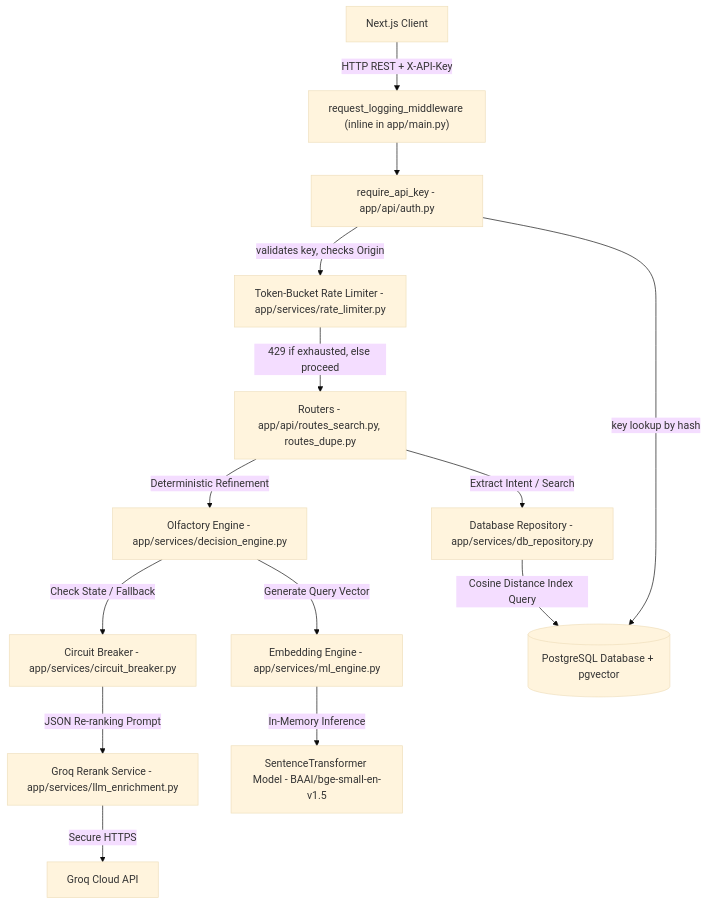
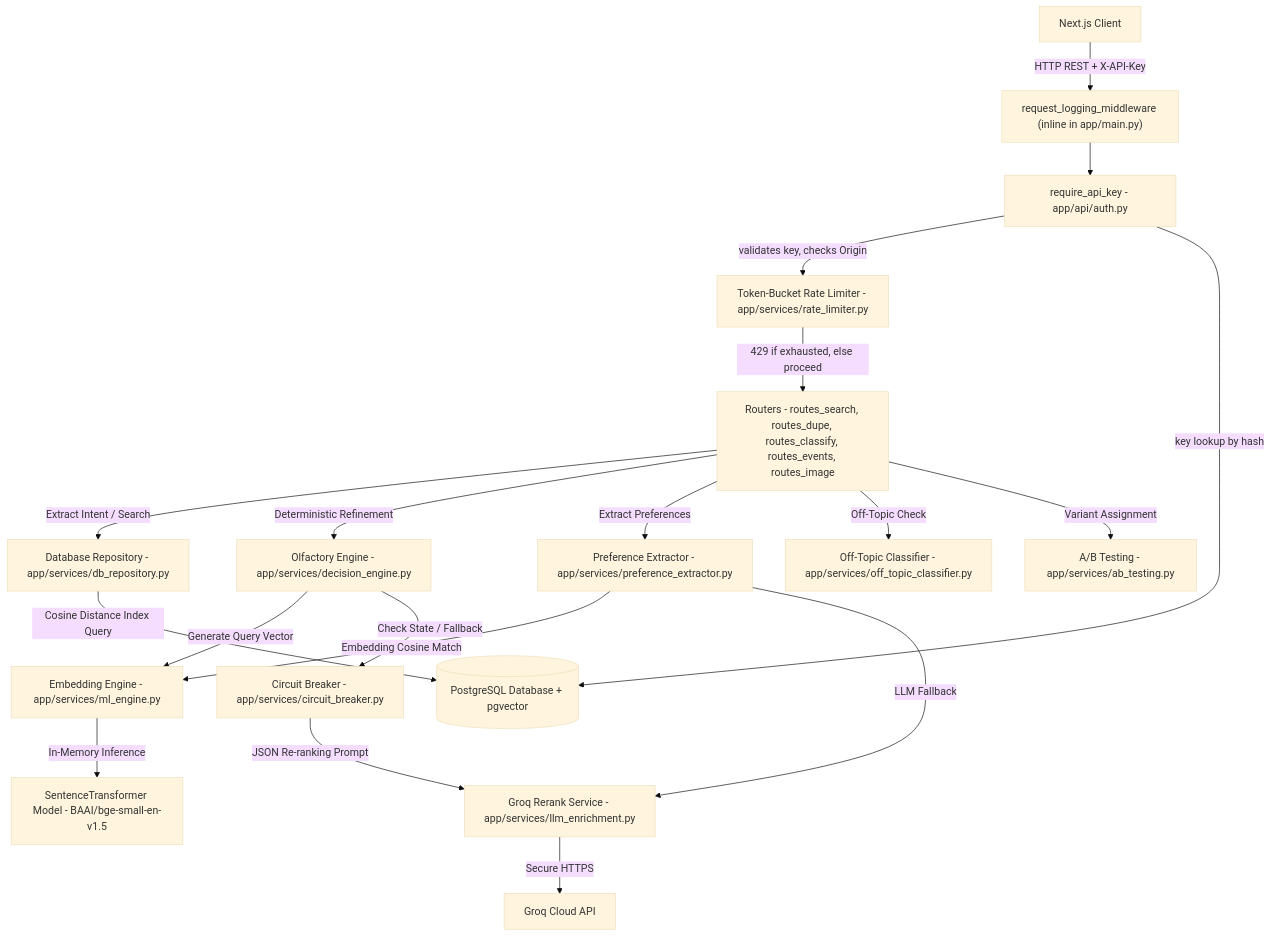
Before and after one commit to shriyashsawant/JTP-PROJECT-ROUND: the diagram in documentation/SYSTEM_ARCHITECTURE.md, drawn with Mermaid (base theme). The commit also changed other lines of this file and 4 other files, not shown here.

Commit message:
docs: comprehensive documentation audit - update model refs, add missing services/routes, roadmap, structlog, chaos testing, FSM/React Query, untrack TASK.md

````diff
--- a/documentation/SYSTEM_ARCHITECTURE.md
+++ b/documentation/SYSTEM_ARCHITECTURE.md
@@ -20,32 +20,40 @@
 ```mermaid
 graph TD
     ClientSPA[Next.js Client]
     LoggingMW["request_logging_middleware (inline in app/main.py)"]
     AuthDep[require_api_key - app/api/auth.py]
     RateLimiter[Token-Bucket Rate Limiter - app/services/rate_limiter.py]
-    Routes["Routers - app/api/routes_search.py, routes_dupe.py"]
+    Routes["Routers - routes_search, routes_dupe, routes_classify, routes_events, routes_image"]
     DBRepository[Database Repository - app/services/db_repository.py]
     DecisionEngine[Olfactory Engine - app/services/decision_engine.py]
     MLEngine[Embedding Engine - app/services/ml_engine.py]
+    PreferenceExtractor[Preference Extractor - app/services/preference_extractor.py]
+    OffTopicClassifier[Off-Topic Classifier - app/services/off_topic_classifier.py]
+    ABTesting[A/B Testing - app/services/ab_testing.py]
     CircuitBreaker[Circuit Breaker - app/services/circuit_breaker.py]
     LLMEnrichment[Groq Rerank Service - app/services/llm_enrichment.py]
     PostgresDB[(PostgreSQL Database + pgvector)]
     LocalModel[SentenceTransformer Model - BAAI/bge-small-en-v1.5]
     GroqAPI[Groq Cloud API]
 
     ClientSPA -->|HTTP REST + X-API-Key| LoggingMW
     LoggingMW --> AuthDep
     AuthDep -->|validates key, checks Origin| RateLimiter
     RateLimiter -->|429 if exhausted, else proceed| Routes
     Routes -->|Extract Intent / Search| DBRepository
     Routes -->|Deterministic Refinement| DecisionEngine
+    Routes -->|Extract Preferences| PreferenceExtractor
+    Routes -->|Off-Topic Check| OffTopicClassifier
+    Routes -->|Variant Assignment| ABTesting
 
     DBRepository -->|Cosine Distance Index Query| PostgresDB
     AuthDep -->|key lookup by hash| PostgresDB
     DecisionEngine -->|Generate Query Vector| MLEngine
     MLEngine -->|In-Memory Inference| LocalModel
+    PreferenceExtractor -->|Embedding Cosine Match| MLEngine
+    PreferenceExtractor -->|LLM Fallback| LLMEnrichment
 
     DecisionEngine -->|Check State / Fallback| CircuitBreaker
     CircuitBreaker -->|JSON Re-ranking Prompt| LLMEnrichment
     LLMEnrichment -->|Secure HTTPS| GroqAPI
 ```
````
